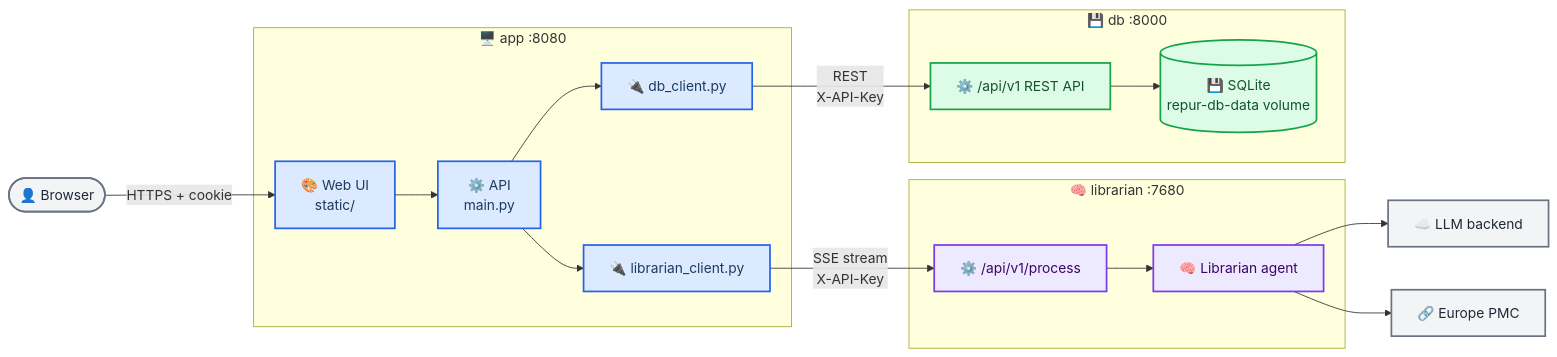
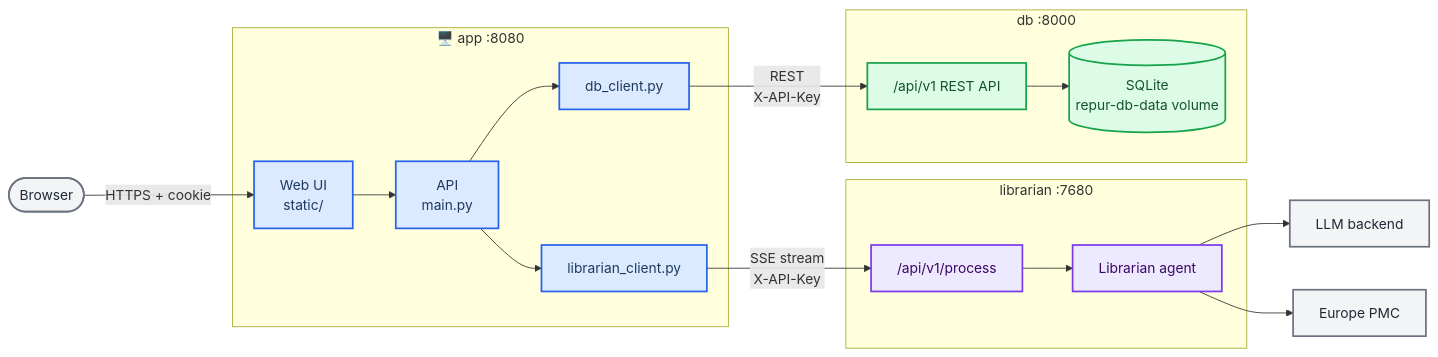
The diagram in README.md (pharmbio/librarian-serve), drawn with Mermaid before and after one commit. The commit also changed other lines of this file, not shown here.

````diff
--- a/README.md
+++ b/README.md
@@ -20,48 +20,48 @@
 ```mermaid
 flowchart LR
     accTitle: Librarian service architecture
     accDescr: The browser talks only to app. app calls librarian over HTTP to answer questions and db over HTTP to store users, sessions, queries and runs; librarian calls the LLM and Europe PMC, and only db reads and writes the SQLite file.
 
-    browser(["👤 Browser"])
+    browser(["Browser"])
 
     subgraph app_service ["🖥️ app :8080"]
-        web_ui["🎨 Web UI<br/>static/"]
-        app_api["⚙️ API<br/>main.py"]
-        librarian_client["🔌 librarian_client.py"]
-        db_client["🔌 db_client.py"]
+        web_ui["Web UI<br/>static/"]
+        app_api["API<br/>main.py"]
+        librarian_client["librarian_client.py"]
+        db_client["db_client.py"]
     end
 
-    subgraph librarian_service ["🧠 librarian :7680"]
-        process_api["⚙️ /api/v1/process"]
-        agent["🧠 Librarian agent"]
+    subgraph librarian_service ["librarian :7680"]
+        process_api["/api/v1/process"]
+        agent["Librarian agent"]
     end
 
-    subgraph db_service ["💾 db :8000"]
-        rest_api["⚙️ /api/v1 REST API"]
-        sqlite[("💾 SQLite<br/>repur-db-data volume")]
+    subgraph db_service ["db :8000"]
+        rest_api["/api/v1 REST API"]
+        sqlite[("SQLite<br/>repur-db-data volume")]
     end
 
-    llm["☁️ LLM backend"]
-    europe_pmc["🔗 Europe PMC"]
+    llm["LLM backend"]
+    europe_pmc["Europe PMC"]
 
     browser -->|"HTTPS + cookie"| web_ui
     web_ui --> app_api
     app_api --> librarian_client
     app_api --> db_client
     librarian_client -->|"SSE stream<br/>X-API-Key"| process_api
     db_client -->|"REST<br/>X-API-Key"| rest_api
     process_api --> agent
     agent --> llm
     agent --> europe_pmc
     rest_api --> sqlite
 
     classDef app_node fill:#dbeafe,stroke:#2563eb,stroke-width:2px,color:#1e3a5f
     classDef librarian_node fill:#ede9fe,stroke:#7c3aed,stroke-width:2px,color:#3b0764
     classDef db_node fill:#dcfce7,stroke:#16a34a,stroke-width:2px,color:#14532d
     classDef external_node fill:#f3f4f6,stroke:#6b7280,stroke-width:2px,color:#1f2937
 
     class web_ui,app_api,librarian_client,db_client app_node
     class process_api,agent librarian_node
     class rest_api,sqlite db_node
     class browser,llm,europe_pmc external_node
 ```
````
